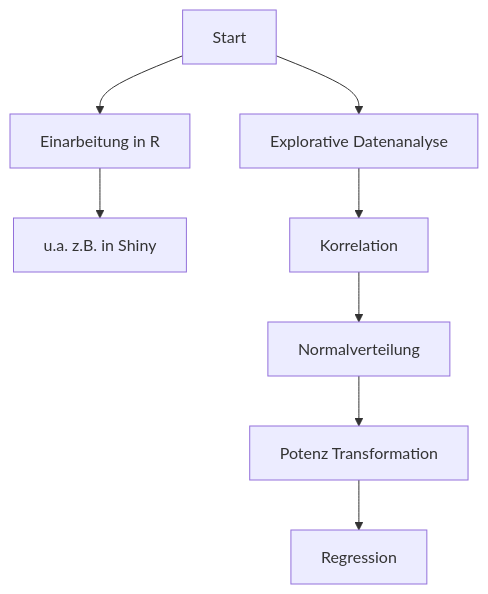
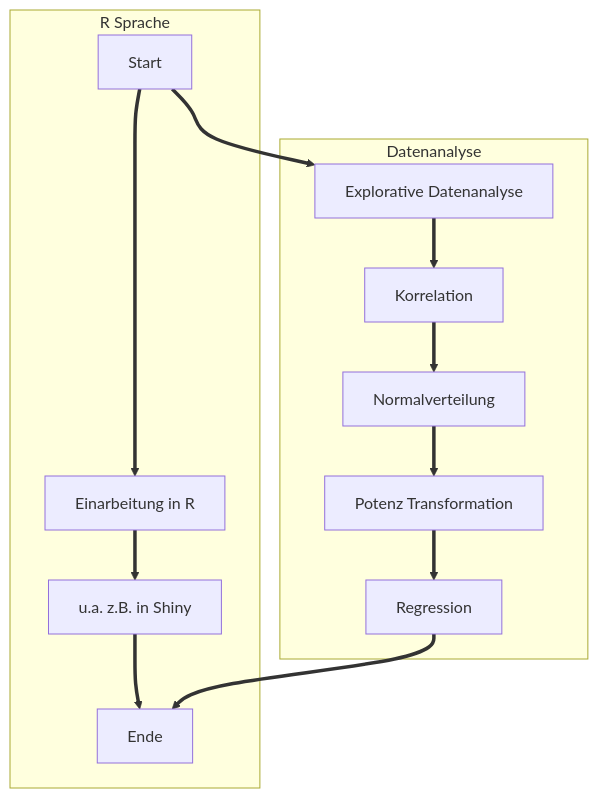
One commit to dmpe/SemesterProject changed the diagram in R/fazit.mmd. Above: the diagram before and after it, drawn with Mermaid. The commit also changed 1 other file, not shown here.

```diff
--- a/R/fazit.mmd
+++ b/R/fazit.mmd
@@ -1,8 +1,14 @@
 graph TD
-  A[Start]-->B[Einarbeitung in R]
-  B-->H[u.a.  z.B. in Shiny]
-  A-->C[Explorative Datenanalyse]
-  C-->D[Korrelation]
-  D-->E[Normalverteilung]
-  E-->F[Potenz Transformation]
-  F-->G[Regression]
+  subgraph R Sprache
+    A[Start]==>B[Einarbeitung in R]
+    B==>H[u.a.  z.B. in Shiny]
+    H==>I
+    end
+  subgraph Datenanalyse
+    A==>C[Explorative Datenanalyse]
+    C==>D[Korrelation]
+    D==>E[Normalverteilung]
+    E==>F[Potenz Transformation]
+    F==>G[Regression]
+    G==>I[Ende]
+    end
```
